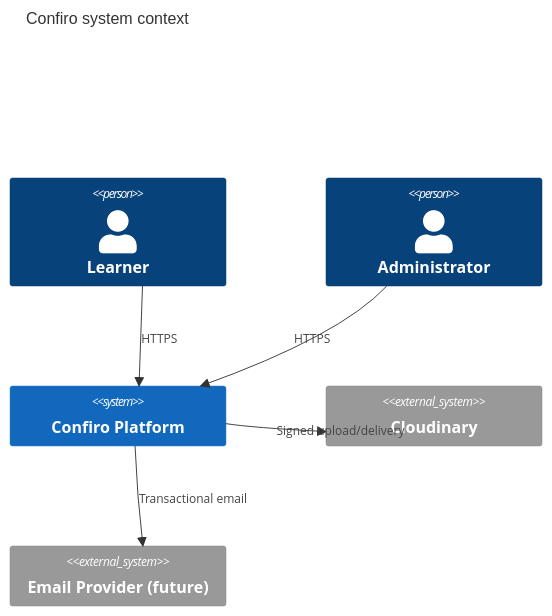
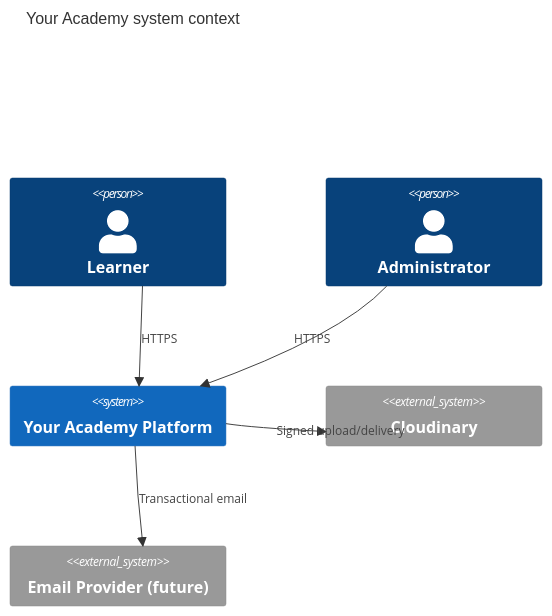
Before and after one commit to reazulislamreaz/your-academy: the first of 3 diagrams in docs/04-system-architecture.md, drawn with Mermaid. The commit also changed 29 other files, not shown here.

Commit message:
Rename project from Confiro to Your Academy, updating all relevant files, environment variables, and documentation to reflect the new branding. Adjust Docker configurations and package names accordingly.

````diff
--- a/docs/04-system-architecture.md
+++ b/docs/04-system-architecture.md
@@ -21,13 +21,13 @@
 ```mermaid
 C4Context
-title Confiro system context
+title Your Academy system context
 Person(learner, "Learner")
 Person(admin, "Administrator")
-System(confiro, "Confiro Platform")
+System(your_academy, "Your Academy Platform")
 System_Ext(cloudinary, "Cloudinary")
 System_Ext(email, "Email Provider (future)")
-Rel(learner, confiro, "HTTPS")
-Rel(admin, confiro, "HTTPS")
-Rel(confiro, cloudinary, "Signed upload/delivery")
-Rel(confiro, email, "Transactional email")
+Rel(learner, your_academy, "HTTPS")
+Rel(admin, your_academy, "HTTPS")
+Rel(your_academy, cloudinary, "Signed upload/delivery")
+Rel(your_academy, email, "Transactional email")
 ```
````
